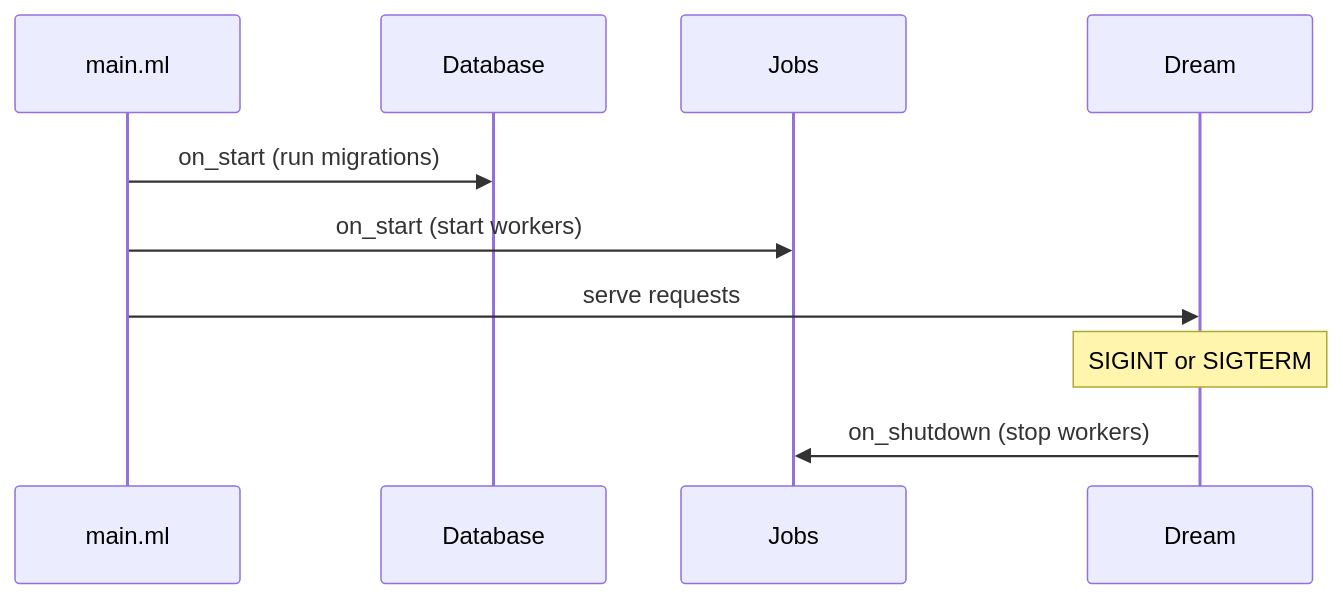
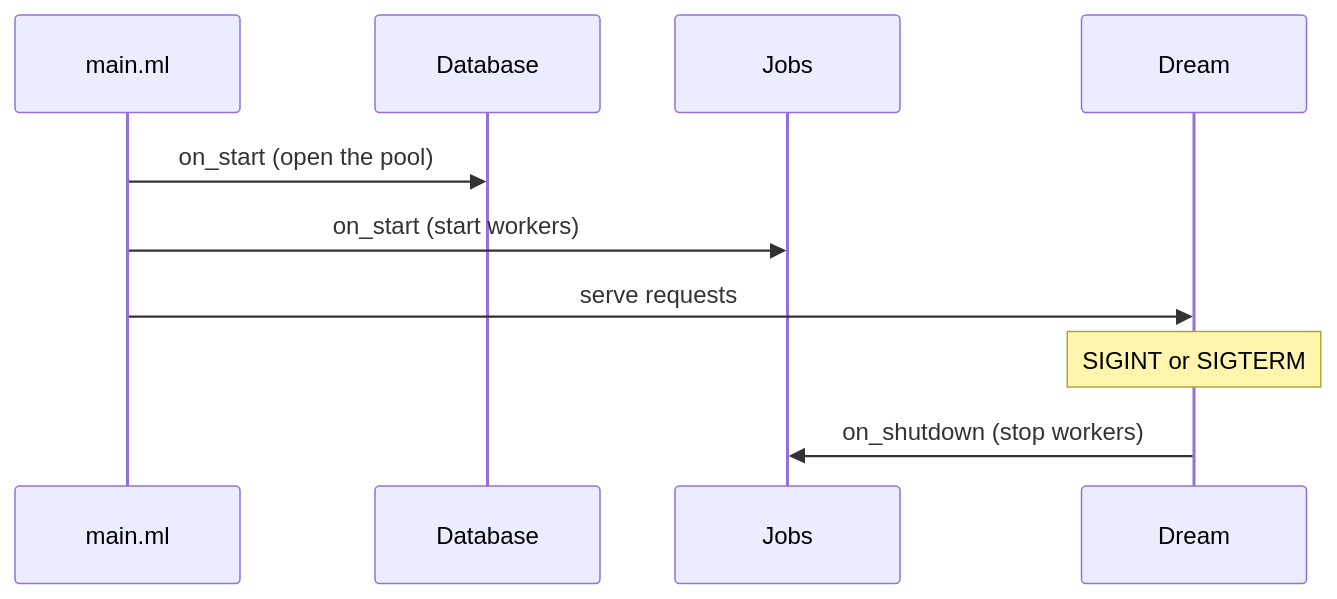
The second of 3 diagrams in site/guide/dependency-injection.md (jongleb/kre), drawn with Mermaid before and after one commit. The commit also changed other lines of this file and 14 other files, not shown here.

````diff
--- a/site/guide/dependency-injection.md
+++ b/site/guide/dependency-injection.md
@@ -201,12 +209,12 @@
 ```mermaid
 sequenceDiagram
   participant M as main.ml
   participant D as Database
   participant J as Jobs
   participant S as Dream
-  M->>D: on_start (run migrations)
+  M->>D: on_start (open the pool)
   M->>J: on_start (start workers)
   M->>S: serve requests
   Note over S: SIGINT or SIGTERM
   S->>J: on_shutdown (stop workers)
 ```
````
